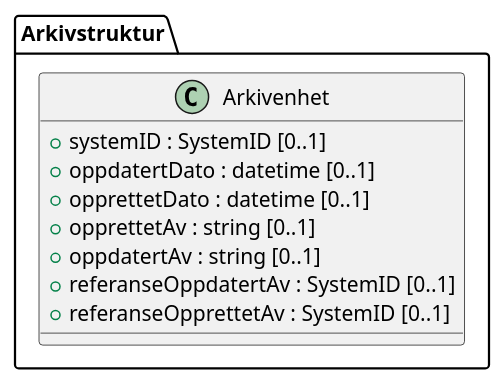
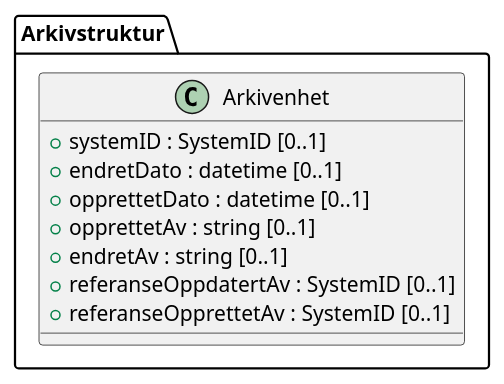
The diagram in kapitler/media/uml-class-arkivenhet.iuml (arkivverket/noark5-tjenestegrensesnitt-standard), drawn with PlantUML before and after one commit. The commit also changed 11 other files, not shown here.

First line of the commit message:
Fullfør navnebytte fra oppdatert* med endret*

```diff
--- a/kapitler/media/uml-class-arkivenhet.iuml
+++ b/kapitler/media/uml-class-arkivenhet.iuml
@@ -1,11 +1,11 @@
 @startuml
 class Arkivstruktur.Arkivenhet {
   +systemID : SystemID [0..1]
-  +oppdatertDato : datetime [0..1]
+  +endretDato : datetime [0..1]
   +opprettetDato : datetime [0..1]
   +opprettetAv : string [0..1]
-  +oppdatertAv : string [0..1]
+  +endretAv : string [0..1]
   +referanseOppdatertAv : SystemID [0..1]
   +referanseOpprettetAv : SystemID [0..1]
 }
 @enduml
```
